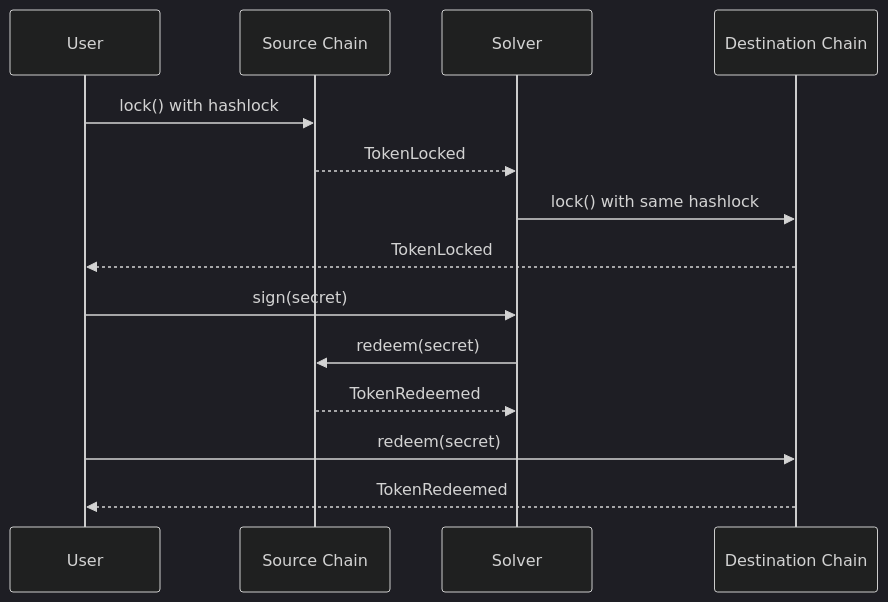
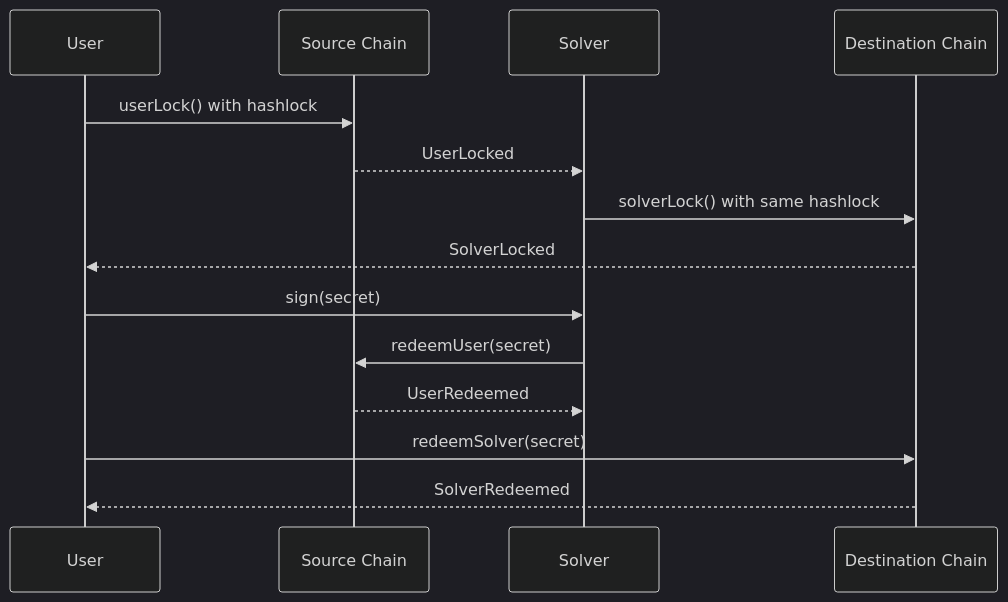
Before and after one commit to TrainProtocol/docs: the third of 4 diagrams in protocol-spec/edge-cases.mdx, drawn with Mermaid (dark theme). The commit also changed other lines of this file and 12 other files, not shown here.

````diff
--- a/protocol-spec/edge-cases.mdx
+++ b/protocol-spec/edge-cases.mdx
@@ -69,18 +69,18 @@
 ```mermaid
 sequenceDiagram
     participant User
     participant SC as Source Chain
     participant Solver
     participant DC as Destination Chain
 
 	
-    User->>SC: lock() with hashlock
-    SC-->>Solver: TokenLocked
-    Solver->>DC: lock() with same hashlock
-    DC-->>User: TokenLocked
+    User->>SC: userLock() with hashlock
+    SC-->>Solver: UserLocked
+    Solver->>DC: solverLock() with same hashlock
+    DC-->>User: SolverLocked
     User->>Solver: sign(secret)
-    Solver->>SC: redeem(secret)
-    SC-->>Solver: TokenRedeemed
-    User->>DC: redeem(secret)
-    DC-->>User: TokenRedeemed
+    Solver->>SC: redeemUser(secret)
+    SC-->>Solver: UserRedeemed
+    User->>DC: redeemSolver(secret)
+    DC-->>User: SolverRedeemed
 ```
````
